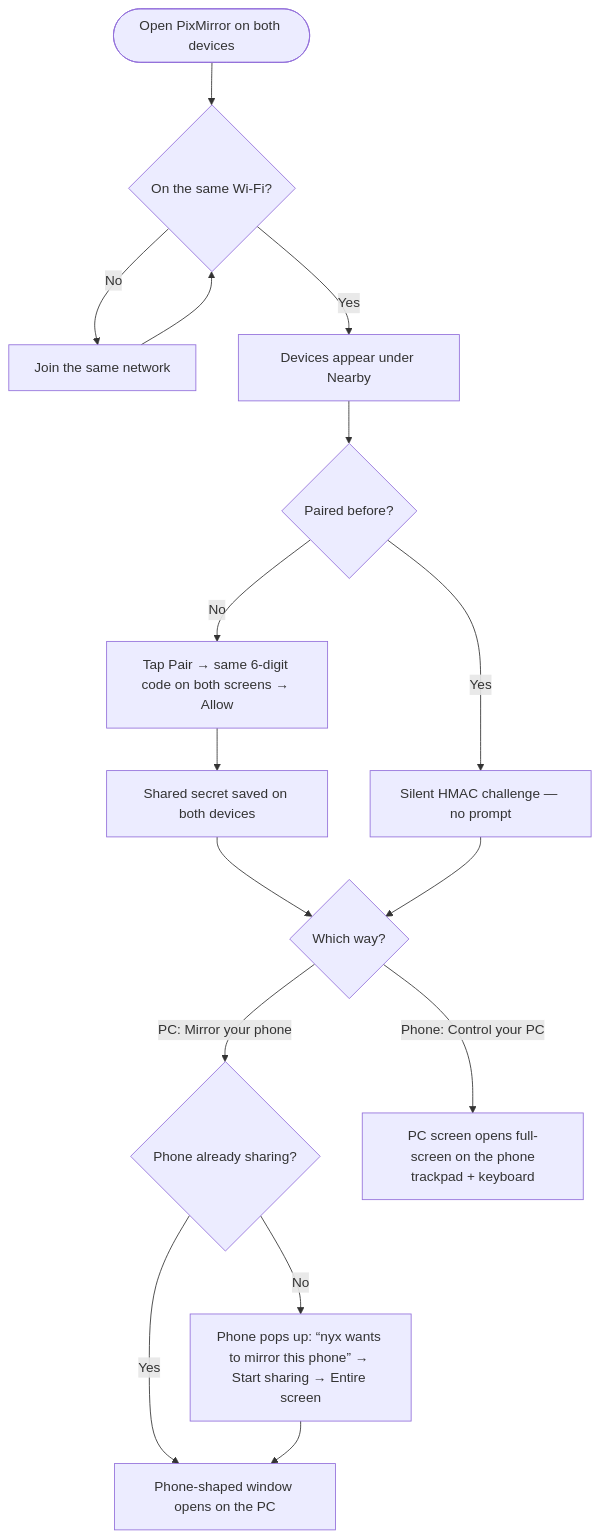
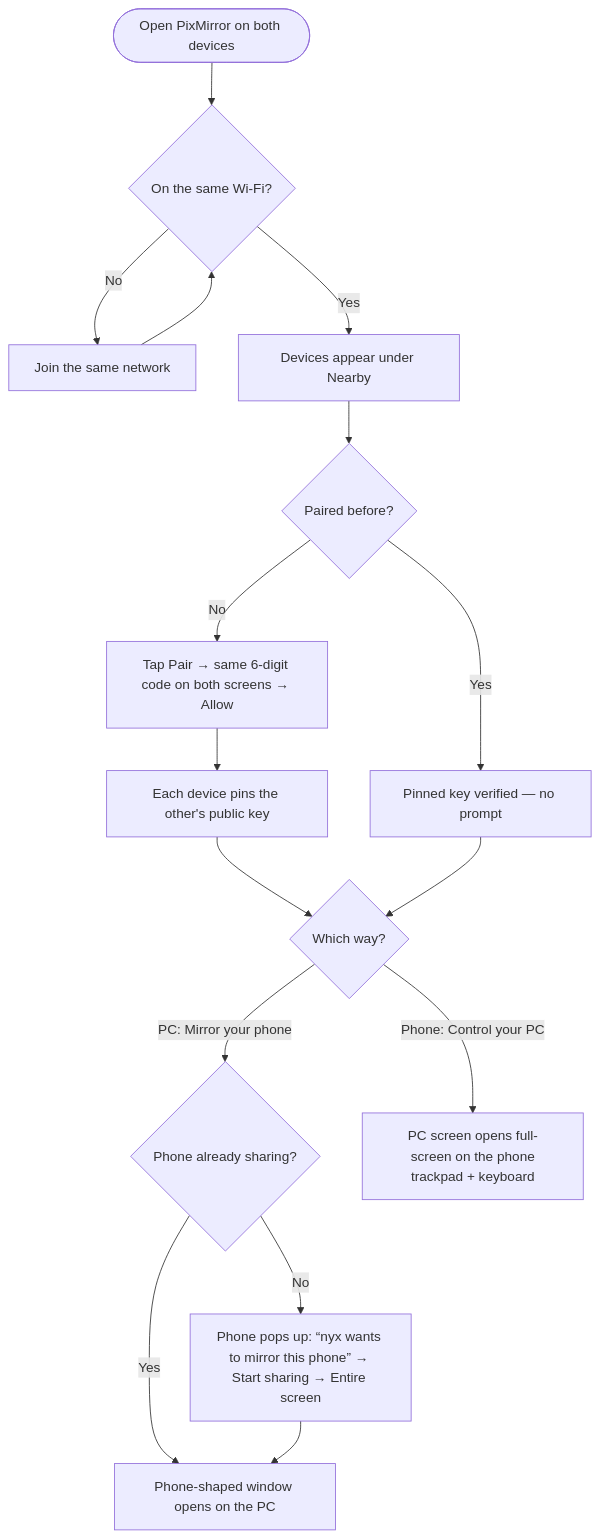
One commit to nyxri0f8/pixmirror changed the second of 2 diagrams in README.md. Above: the diagram before and after it, drawn with Mermaid. The commit also changed other lines of this file and 22 other files, not shown here.

````diff
--- a/README.md
+++ b/README.md
@@ -65,17 +66,17 @@
 ```mermaid
 flowchart TD
     A([Open PixMirror on both devices]) --> B{On the same Wi-Fi?}
     B -- No --> B1[Join the same network] --> B
     B -- Yes --> C[Devices appear under Nearby]
     C --> D{Paired before?}
     D -- No --> E[Tap Pair → same 6-digit code on both screens → Allow]
-    E --> F[Shared secret saved on both devices]
-    D -- Yes --> G[Silent HMAC challenge — no prompt]
+    E --> F[Each device pins the other's public key]
+    D -- Yes --> G[Pinned key verified — no prompt]
     F --> H{Which way?}
     G --> H
     H -- "PC: Mirror your phone" --> I{Phone already sharing?}
     I -- No --> J[Phone pops up: “nyx wants to mirror this phone” → Start sharing → Entire screen]
     I -- Yes --> K
     J --> K[Phone-shaped window opens on the PC]
     H -- "Phone: Control your PC" --> L[PC screen opens full-screen on the phone<br/>trackpad + keyboard]
 ```
````
